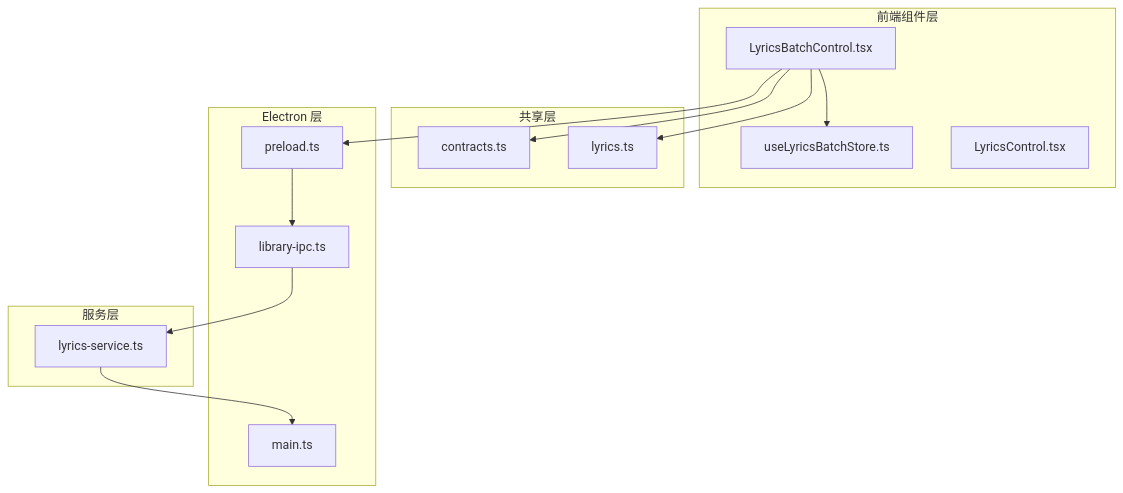
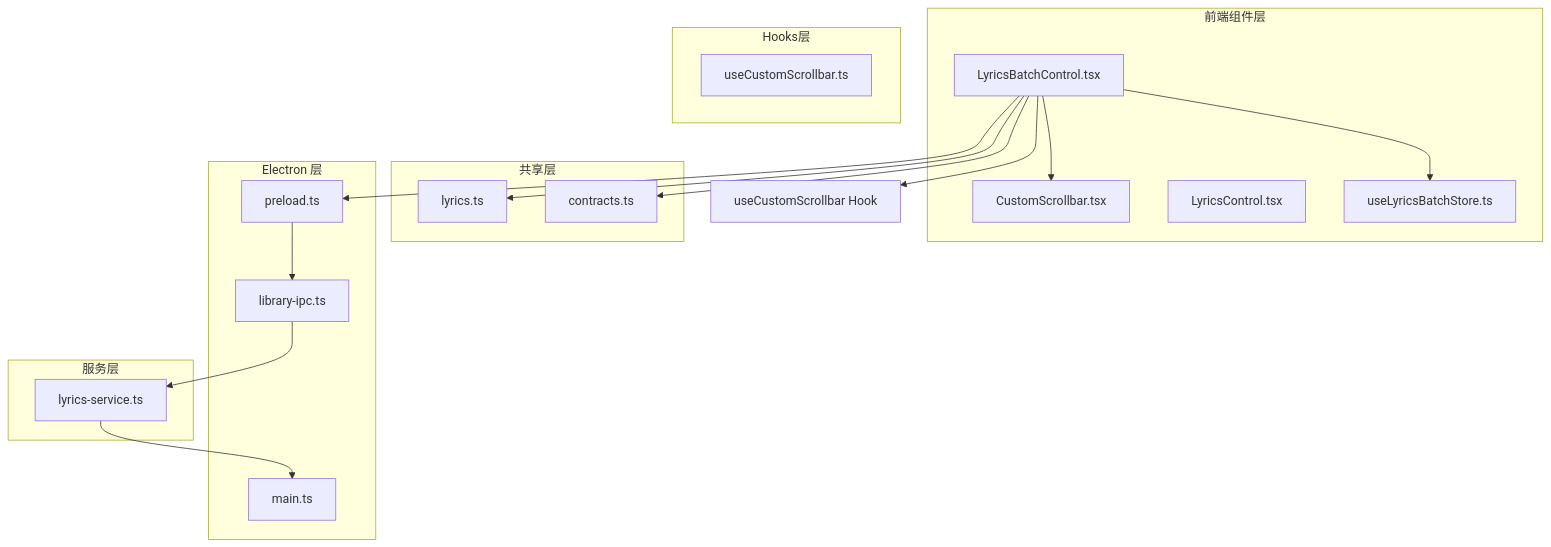
The first of 11 diagrams in .qoder/repowiki/zh/content/核心模块/前端组件模块/批处理歌词控制组件.md (SeakyLuo/SMPlayerElectron), drawn with Mermaid before and after one commit. The commit also changed other lines of this file and 32 other files, not shown here.

````diff
--- a/.qoder/repowiki/zh/content/核心模块/前端组件模块/批处理歌词控制组件.md
+++ b/.qoder/repowiki/zh/content/核心模块/前端组件模块/批处理歌词控制组件.md
@@ -36,27 +50,33 @@
 ```mermaid
 graph TB
 subgraph "前端组件层"
 LBC[LyricsBatchControl.tsx]
 LBS[useLyricsBatchStore.ts]
 LC[LyricsControl.tsx]
+CS[CustomScrollbar.tsx]
 end
 subgraph "共享层"
 CT[contracts.ts]
 LY[lyrics.ts]
 end
 subgraph "Electron 层"
 PR[preload.ts]
 LI[library-ipc.ts]
 MS[main.ts]
 end
 subgraph "服务层"
 LS[lyrics-service.ts]
 end
+subgraph "Hooks层"
+UCS[useCustomScrollbar.ts]
+end
 LBC --> LBS
+LBC --> CS
+LBC --> UCSC[useCustomScrollbar Hook]
 LBC --> CT
 LBC --> LY
 LBC --> PR
 PR --> LI
 LI --> LS
 LS --> MS
 ```
````
